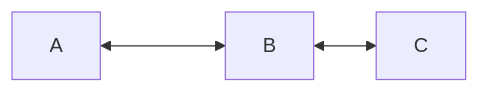
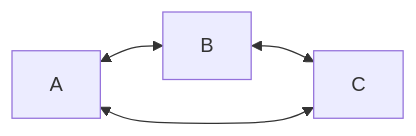
The diagram in Principles-of-CFD.md (theCFDEngineer/CFD), drawn with Mermaid before and after one commit.

Commit message:
mermaids 2

````diff
--- a/Principles-of-CFD.md
+++ b/Principles-of-CFD.md
@@ -11,5 +11,6 @@
 ```mermaid
 graph LR
-    A <---> B
-    B <-->C
+    A <--> B
+    B <--> C
+    C <--> A
 ```
````
